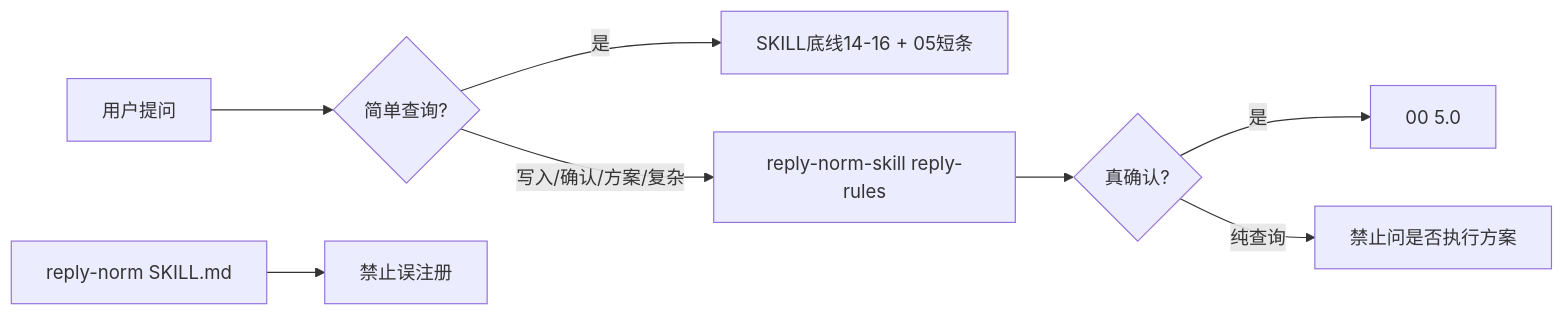
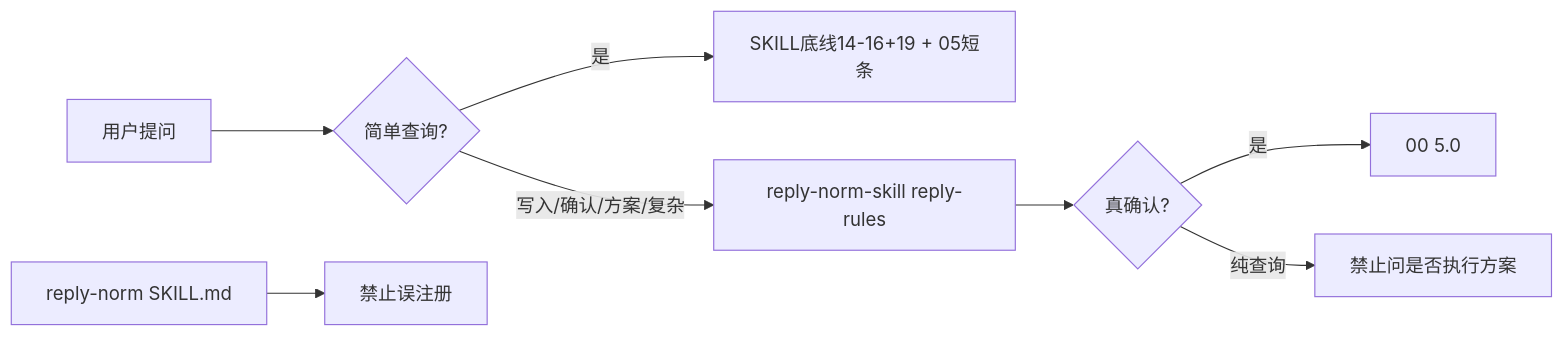
One commit to qiusuo0226/skills-manager-backup changed diagram 21 of 23 in chrono-pm-project/SKILL_MODULE_MAP.md. Above: the diagram before and after it, drawn with Mermaid. The commit also changed 40 other files, not shown here.

````diff
--- a/chrono-pm-project/SKILL_MODULE_MAP.md
+++ b/chrono-pm-project/SKILL_MODULE_MAP.md
@@ -242,10 +242,10 @@
 ```mermaid
 flowchart LR
   U[用户提问] --> R{简单查询?}
-  R -->|是| S[SKILL底线14-16 + 05短条]
+  R -->|是| S[SKILL底线14-16+19 + 05短条]
   R -->|写入/确认/方案/复杂| RN[reply-norm-skill reply-rules]
   RN --> C{真确认?}
   C -->|是| S50[00 5.0]
   C -->|纯查询| BAN[禁止问是否执行方案]
   X[reply-norm SKILL.md] --> BAN2[禁止误注册]
 ```
````
